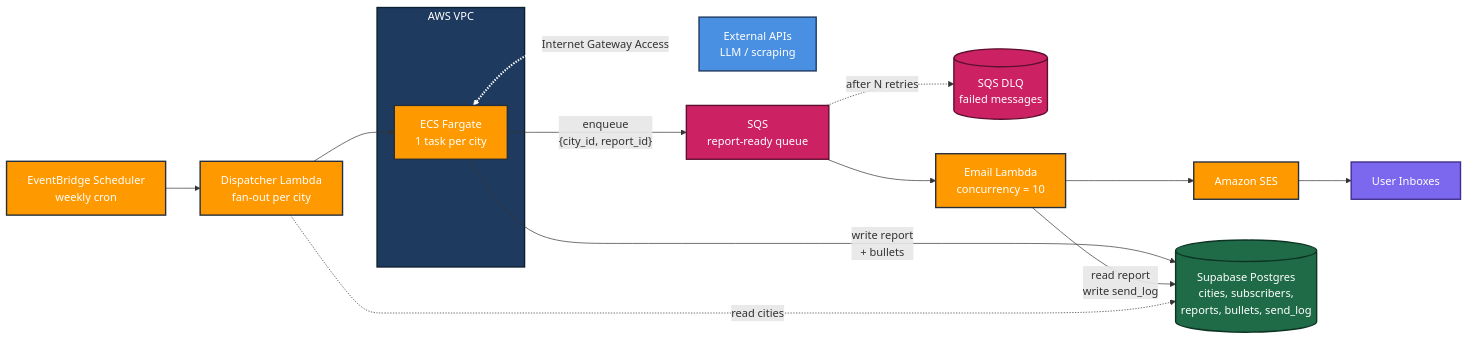
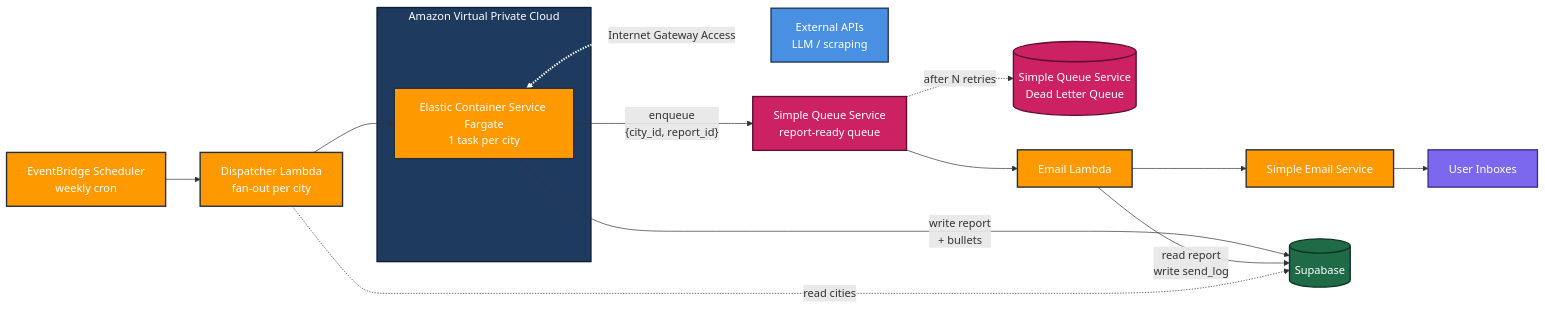
The diagram in docs/AWS_ARCHITECTURE.md (Next-Voters/Local), drawn with Mermaid before and after one commit. The commit also changed other lines of this file, not shown here.

Commit message:
Update terminology for AWS services in documentation (use full name for services)

````diff
--- a/docs/AWS_ARCHITECTURE.md
+++ b/docs/AWS_ARCHITECTURE.md
@@ -5,55 +5,55 @@
 ```mermaid
 flowchart LR
     %% Trigger layer
     EB["EventBridge Scheduler<br/>weekly cron"]
     DL["Dispatcher Lambda<br/>fan-out per city"]
 
     %% Compute layer
-    subgraph VPC["AWS VPC"]
-        ECS["ECS Fargate<br/>1 task per city"]
+    subgraph VPC["Amazon Virtual Private Cloud"]
+        ECS["Elastic Container Service Fargate<br/>1 task per city"]
     end
     EXT["External APIs<br/>LLM / scraping"]
 
     %% Messaging layer
-    SQS["SQS<br/>report-ready queue"]
-    DLQ[("SQS DLQ<br/>failed messages")]
+    SQS["Simple Queue Service<br/>report-ready queue"]
+    DLQ[("Simple Queue Service<br/>Dead Letter Queue")]
 
     %% Delivery layer
-    EML["Email Lambda<br/>concurrency = 10"]
-    SES["Amazon SES"]
+    EML["Email Lambda"]
+    SES["Simple Email Service"]
     USERS["User Inboxes"]
 
     %% Data layer
-    DB[("Supabase Postgres<br/>cities, subscribers,<br/>reports, bullets, send_log")]
+    DB[("Supabase")]
 
     %% Main flow
     EB --> DL
     DL --> ECS
     ECS <-.->|"Internet Gateway Access"| EXT
     ECS -->|"write report<br/>+ bullets"| DB
     ECS -->|"enqueue<br/>{city_id, report_id}"| SQS
     SQS --> EML
     EML -->|"read report<br/>write send_log"| DB
     EML --> SES
     SES --> USERS
 
     %% Side flows
     DL -.->|read cities| DB
     SQS -.->|after N retries| DLQ
 
     classDef aws fill:#FF9900,stroke:#232F3E,stroke-width:2px,color:#fff
     classDef ext fill:#4A90E2,stroke:#1F3A5F,stroke-width:2px,color:#fff
     classDef db fill:#1F6B47,stroke:#0D3322,stroke-width:2px,color:#fff
     classDef queue fill:#CC2264,stroke:#5C0F2E,stroke-width:2px,color:#fff
     classDef user fill:#7B68EE,stroke:#3F2E8C,stroke-width:2px,color:#fff
 
     class EB,DL,ECS,EML,SES aws
     class EXT ext
     class DB db
     class SQS,DLQ queue
     class USERS user
     style VPC fill:#1F3A5F,stroke:#0D1F33,stroke-width:2px,color:#fff
 
     %% Bold the Internet Gateway Access dotted arrow (link index 2)
     linkStyle 2 stroke-width:3px,stroke:#fff
 ```
````
